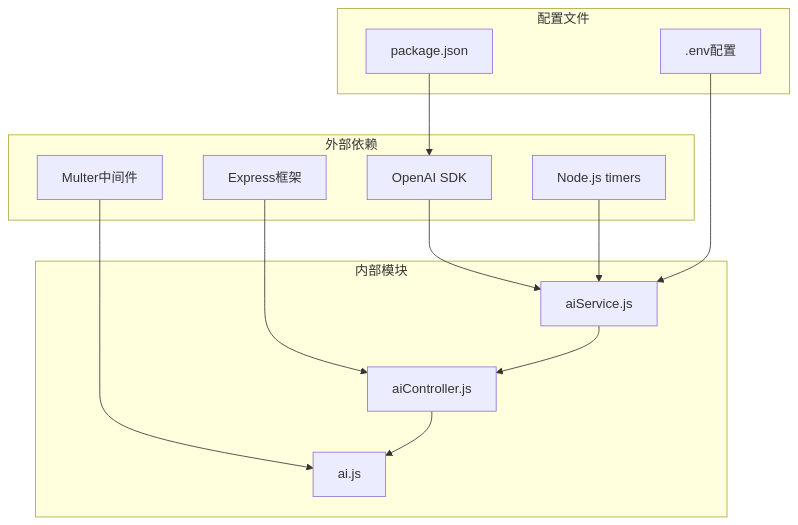
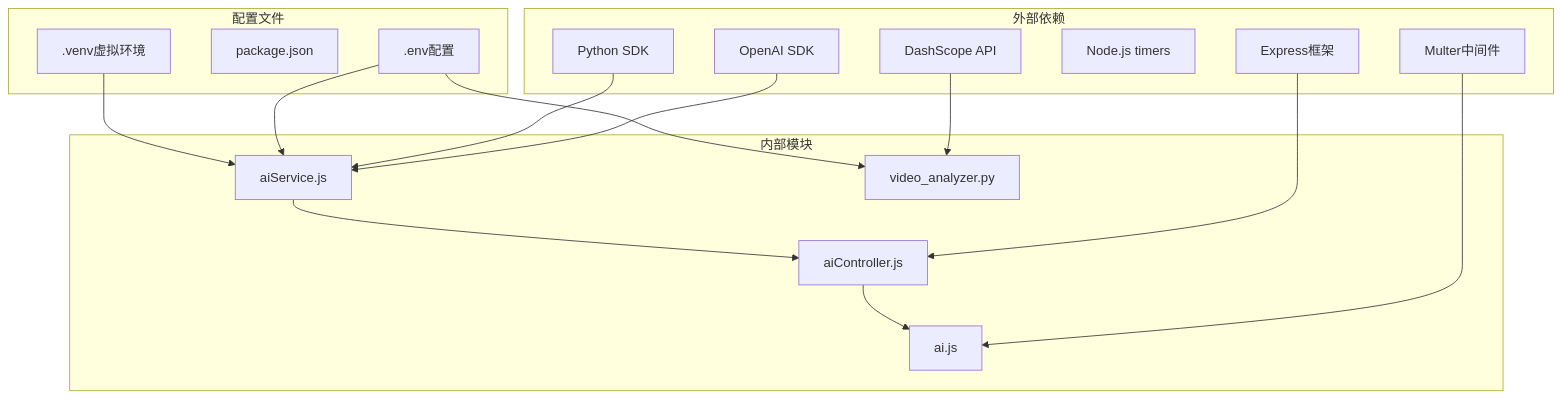
Diagram 11 of 11 in .qoder/repowiki/zh/content/后端架构/服务层设计/AI服务.md (yuxiaoxiao2025/newvedio-project), drawn with Mermaid before and after one commit. The commit also changed other lines of this file and 11 other files, not shown here.

````diff
--- a/.qoder/repowiki/zh/content/后端架构/服务层设计/AI服务.md
+++ b/.qoder/repowiki/zh/content/后端架构/服务层设计/AI服务.md
@@ -357,26 +419,32 @@
 ```mermaid
 graph TB
 subgraph "外部依赖"
 A[OpenAI SDK]
 B[Express框架]
 C[Multer中间件]
 D[Node.js timers]
+E[Python SDK]
+F[DashScope API]
 end
 subgraph "内部模块"
-E[aiService.js]
-F[aiController.js]
-G[ai.js]
+G[aiService.js]
+H[aiController.js]
+I[ai.js]
+J[video_analyzer.py]
 end
 subgraph "配置文件"
-H[.env配置]
-I[package.json]
+K[.env配置]
+L[package.json]
+M[.venv虚拟环境]
 end
-A --> E
-B --> F
-C --> G
-D --> E
-H --> E
-I --> A
-E --> F
-F --> G
+A --> G
+B --> H
+C --> I
+E --> G
+F --> J
+K --> G
+K --> J
+M --> G
+G --> H
+H --> I
 ```
````
